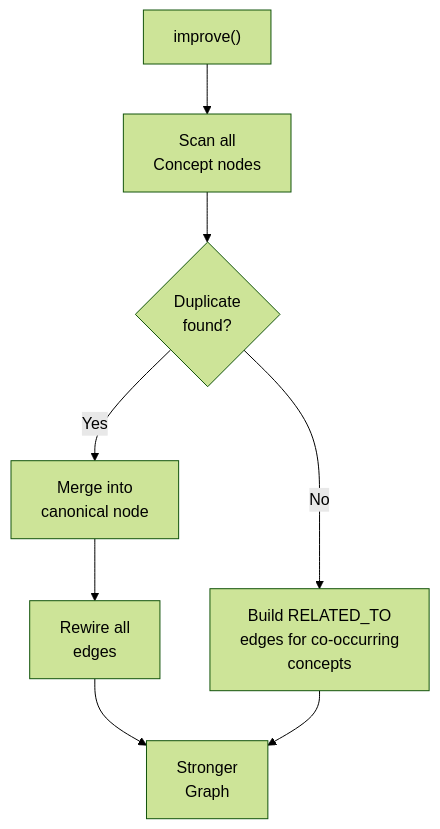
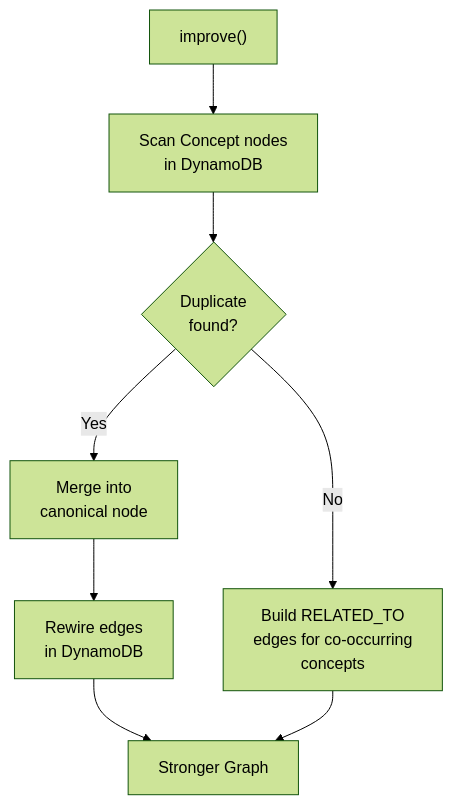
The fourth of 6 diagrams in README.md (kartikangiras/aegis), drawn with Mermaid (forest theme) before and after one commit. The commit also changed other lines of this file and 14 other files, not shown here.

````diff
--- a/README.md
+++ b/README.md
@@ -145,10 +105,10 @@
 ```mermaid
 flowchart TD
-    I["improve()"] --> A["Scan all\nConcept nodes"]
+    I["improve()"] --> A["Scan Concept nodes\nin DynamoDB"]
     A --> B{"Duplicate\nfound?"}
     B -- Yes --> C["Merge into\ncanonical node"]
-    C --> D["Rewire all\nedges"]
+    C --> D["Rewire edges\nin DynamoDB"]
     B -- No --> E["Build RELATED_TO\nedges for co-occurring\nconcepts"]
-    D --> F["Stronger\nGraph"]
+    D --> F["Stronger Graph"]
     E --> F
 ```
````
